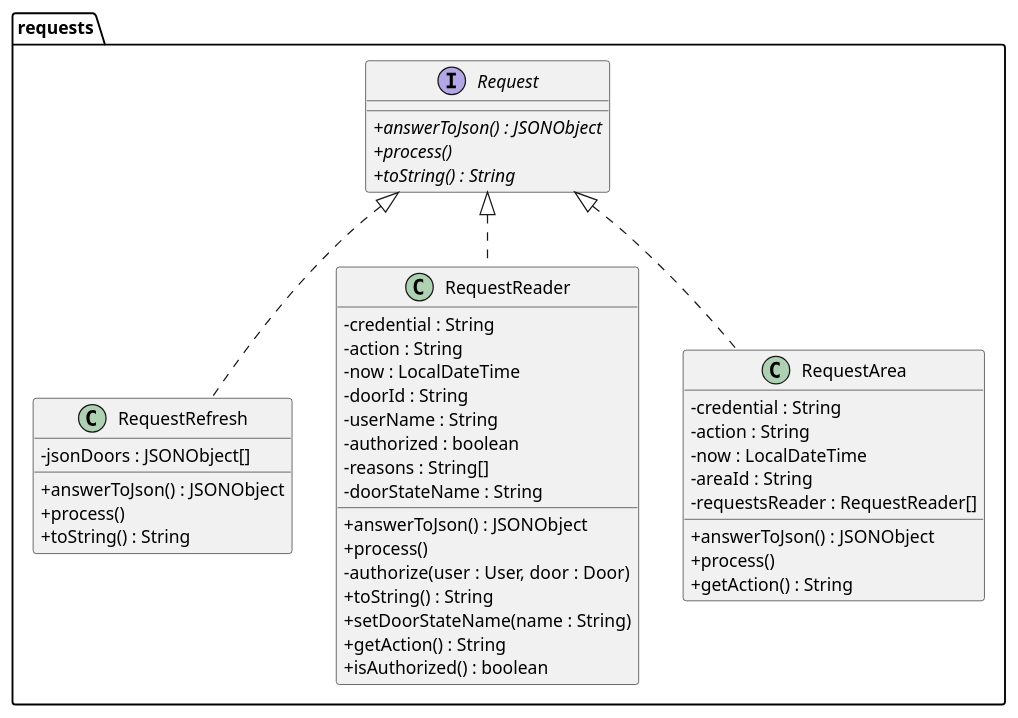
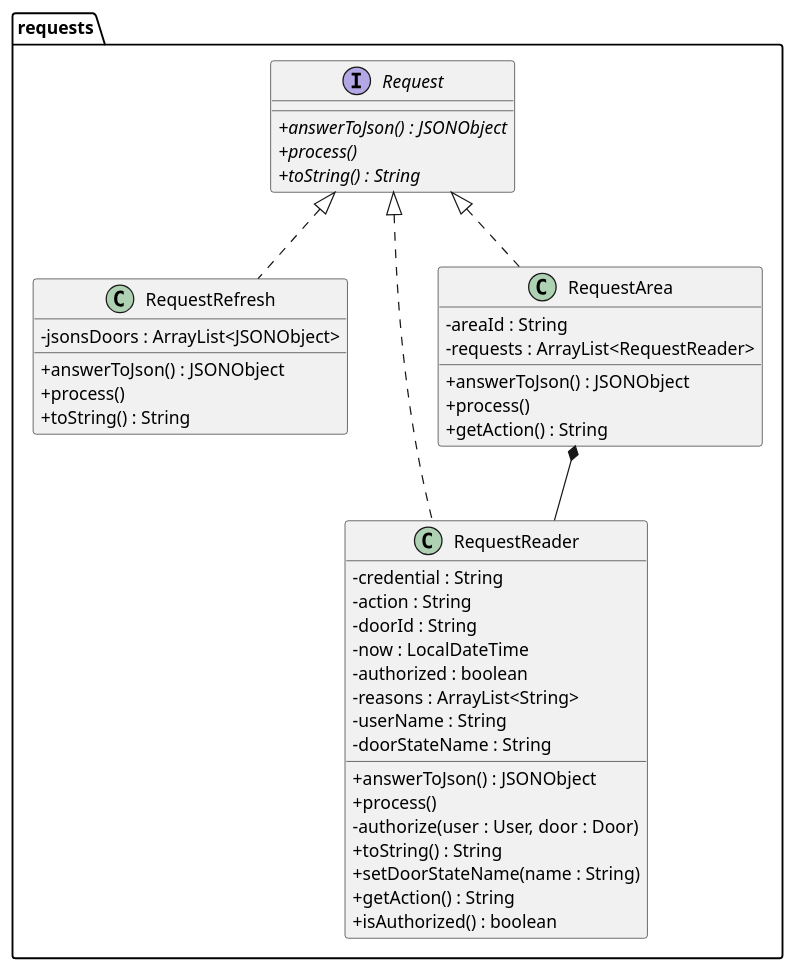
Before and after one commit to alexcorint/acs_students: the diagram in out/production/acs_students/basenostates/uml/package_requests.puml, drawn with PlantUML. The commit also changed 21 other files, not shown here.

```diff
--- a/out/production/acs_students/basenostates/uml/package_requests.puml
+++ b/out/production/acs_students/basenostates/uml/package_requests.puml
@@ -1,50 +1,49 @@
 @startuml
 'https://plantuml.com/class-diagram
 skinparam classAttributeIconSize 0
 
 package requests {
     interface Request {
-    + {abstract} answerToJson() : JSONObject
-    + {abstract} process()
-    + {abstract} toString() : String
+        + {abstract} answerToJson() : JSONObject
+        + {abstract} process()
+        + {abstract} toString() : String
     }
 
     class RequestRefresh implements Request {
-    - jsonDoors : JSONObject[]
-    + answerToJson() : JSONObject
-    + process()
-    + toString() : String
+        - jsonsDoors : ArrayList<JSONObject>
+        + answerToJson() : JSONObject
+        + process()
+        + toString() : String
     }
 
     class RequestReader implements Request {
-    - credential : String
-    - action : String
-    - now : LocalDateTime
-    - doorId : String
-    - userName : String
-    - authorized : boolean
-    - reasons : String[]
-    - doorStateName : String
-    + answerToJson() : JSONObject
-    + process()
-    - authorize(user : User, door : Door)
-    + toString() : String
-    + setDoorStateName(name : String)
-    + getAction() : String
-    + isAuthorized() : boolean
+        - credential : String
+        - action : String
+        - doorId : String
+        - now : LocalDateTime
+        - authorized : boolean
+        - reasons : ArrayList<String>
+        - userName : String
+        - doorStateName : String
+        + answerToJson() : JSONObject
+        + process()
+        - authorize(user : User, door : Door)
+        + toString() : String
+        + setDoorStateName(name : String)
+        + getAction() : String
+        + isAuthorized() : boolean
     }
 
     class RequestArea implements Request {
-    - credential : String
-    - action : String
-    - now : LocalDateTime
-    - areaId : String
-    - requestsReader : RequestReader[]
-    + answerToJson() : JSONObject
-    + process()
-    + getAction() : String
+        - areaId : String
+        - requests : ArrayList<RequestReader>
+        + answerToJson() : JSONObject
+        + process()
+        + getAction() : String
     }
+
+    ' Relación de composición definida en el diagrama general
+    RequestArea *-- RequestReader
 }
 
-
 @enduml
```
